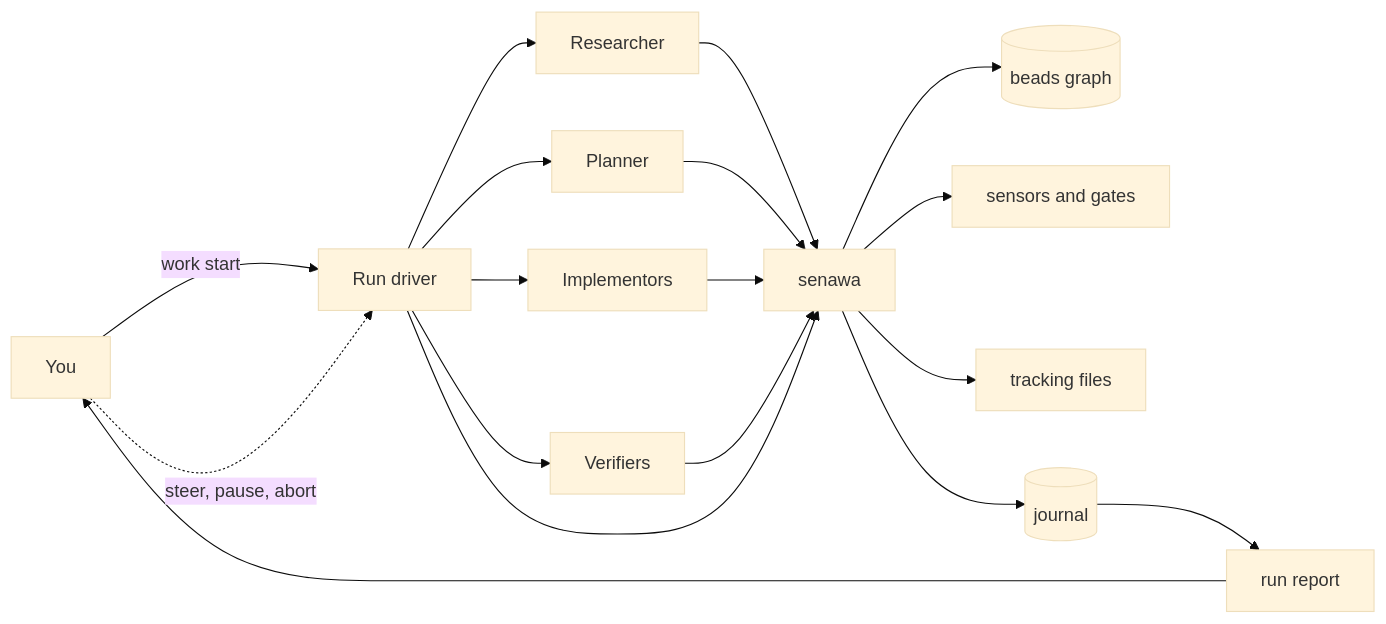
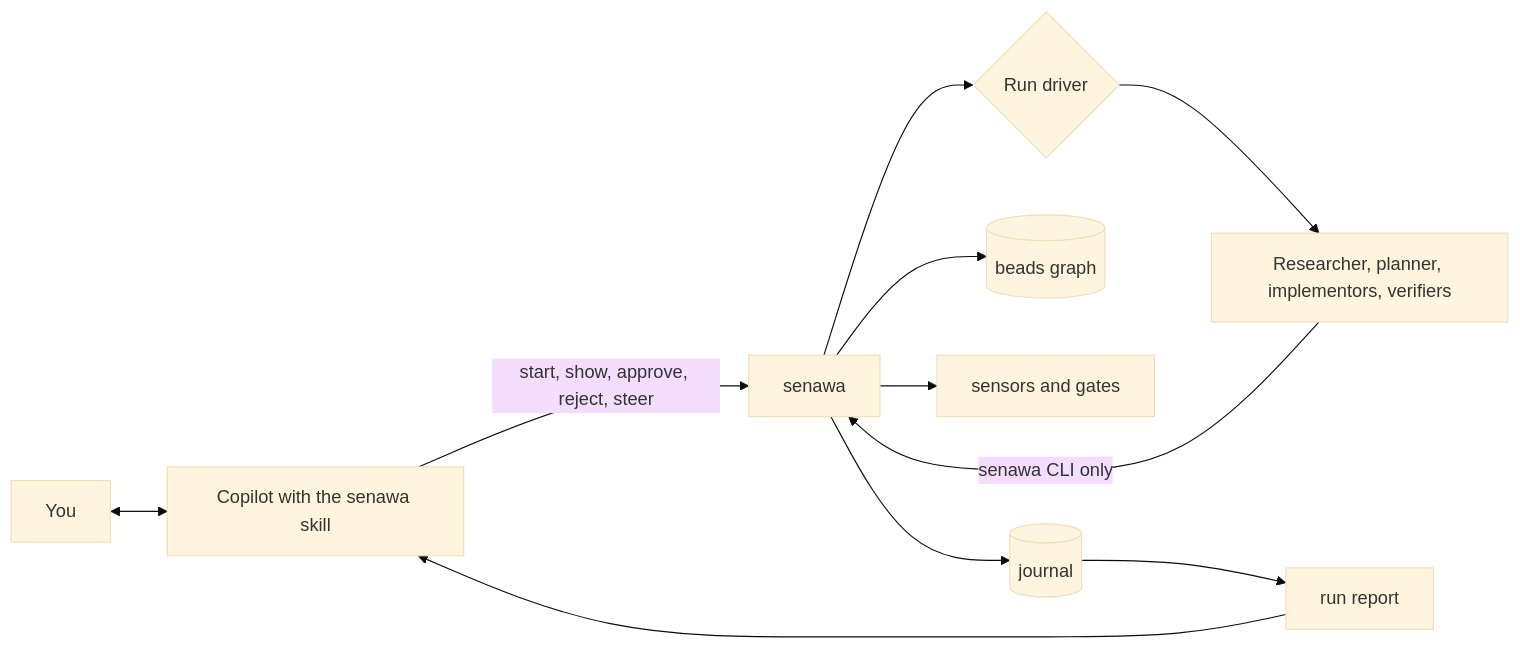
Before and after one commit to dasiths/senawa: the diagram in README.md, drawn with Mermaid (base theme). The commit also changed other lines of this file and 2 other files, not shown here.

Commit message:
docs: update README and add SKILL documentation for senawa CLI commands

````diff
--- a/README.md
+++ b/README.md
@@ -76,17 +85,13 @@
 ```mermaid
 flowchart LR
-    H[You] -->|work start| D[Run driver]
-    D --> R[Researcher]
-    D --> P[Planner]
-    D --> I[Implementors]
-    D --> V[Verifiers]
-    R & P & I & V --> S[senawa]
-    D --> S
+    H[You] <--> PA[Copilot with the senawa skill]
+    PA -->|start, show, approve, reject, steer| S[senawa]
+    S --> D{Run driver}
+    D --> W[Researcher, planner, implementors, verifiers]
+    W -->|senawa CLI only| S
     S --> G[(beads graph)]
     S --> SEN[sensors and gates]
-    S --> T[tracking files]
     S --> J[(journal)]
     J --> RPT[run report]
-    RPT --> H
-    H -. steer, pause, abort .-> D
+    RPT --> PA
 ```
````
